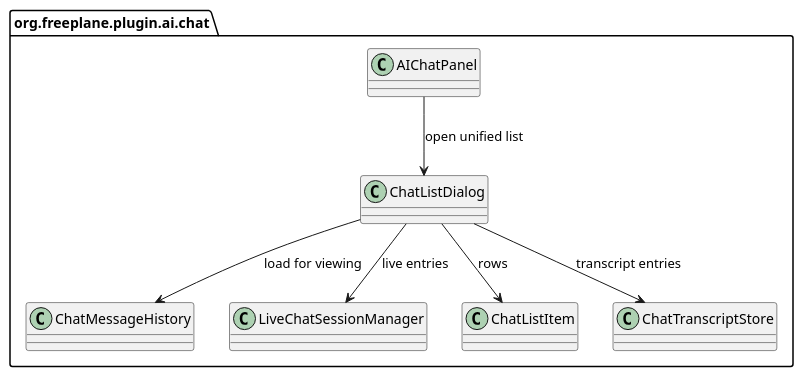
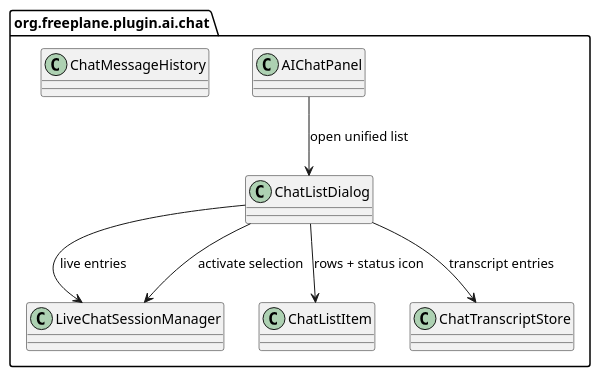
One commit to guoranjun2/nexordia changed the fourth of 5 diagrams in freeplane_plugin_ai/specs/tasks/in-progress/tool-capable-chat-history-transcripts.md. Above: the diagram before and after it, drawn with PlantUML. The commit also changed other lines of this file and 24 other files, not shown here.

Commit message:
2026-01-24-chat-history-transcripts: add transcript chat restore and list UX

````diff
--- a/freeplane_plugin_ai/specs/tasks/in-progress/tool-capable-chat-history-transcripts.md
+++ b/freeplane_plugin_ai/specs/tasks/in-progress/tool-capable-chat-history-transcripts.md
@@ -248,18 +271,18 @@
   ```plantuml
   @startuml
   set separator none
   package "org.freeplane.plugin.ai.chat" {
     class AIChatPanel
     class ChatListDialog
     class ChatMessageHistory
     class LiveChatSessionManager
     class ChatListItem
     class ChatTranscriptStore
   }
   AIChatPanel --> ChatListDialog : open unified list
-  ChatListDialog --> ChatListItem : rows
+  ChatListDialog --> ChatListItem : rows + status icon
   ChatListDialog --> LiveChatSessionManager : live entries
   ChatListDialog --> ChatTranscriptStore : transcript entries
-  ChatListDialog --> ChatMessageHistory : load for viewing
+  ChatListDialog --> LiveChatSessionManager : activate selection
   @enduml
   ```
````
